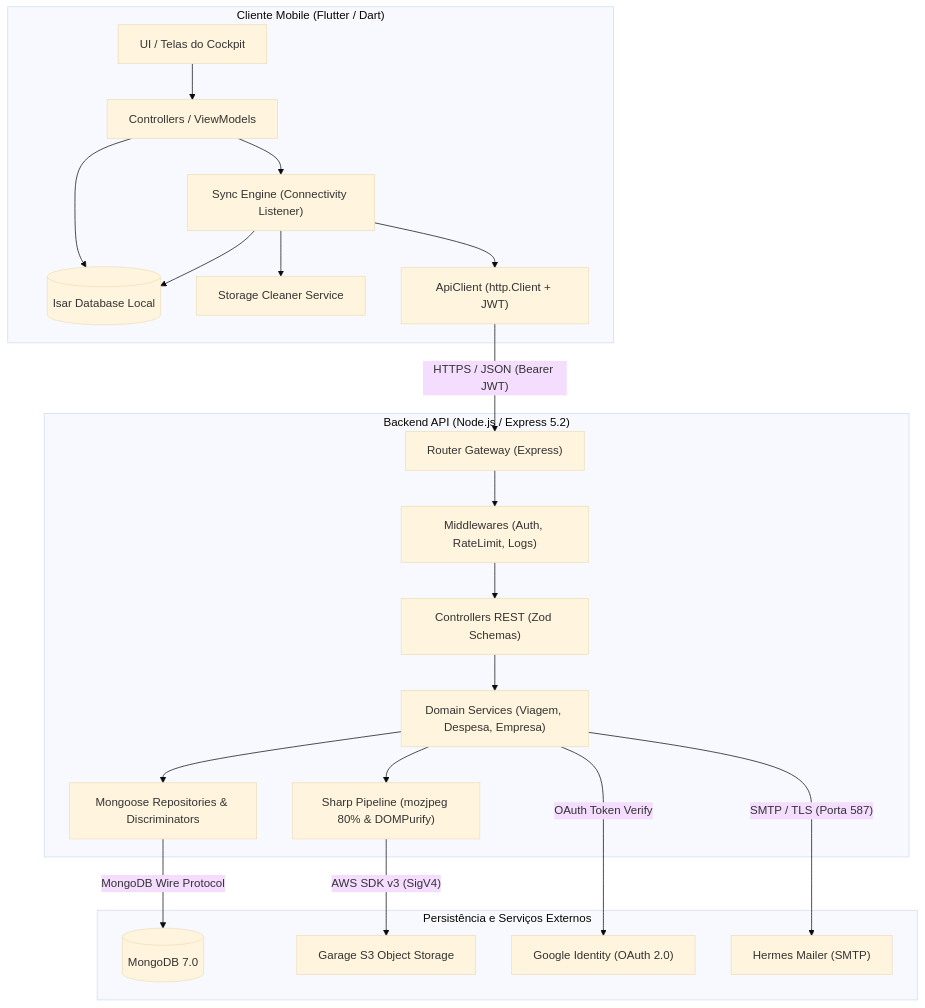
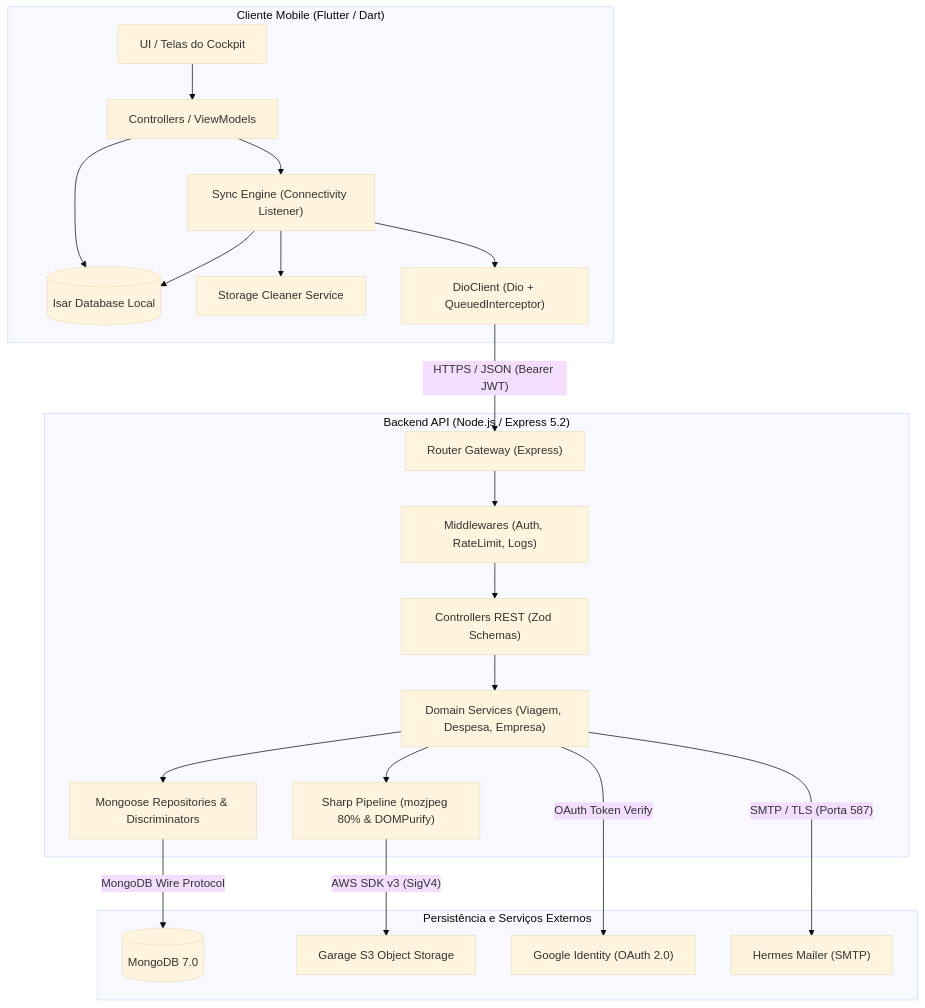
Before and after one commit to Luisdevux/RotaRDV-API: the diagram in documentacao/diagramas/componentes/diagrama_componentes.mmd, drawn with Mermaid (base theme). The commit also changed 12 other files, not shown here.

Commit message:
docs(Diagramas): Atualizando diagramas para incluir a arquitetura de conectividade do mobile Dio, que antes era http

```diff
--- a/documentacao/diagramas/componentes/diagrama_componentes.mmd
+++ b/documentacao/diagramas/componentes/diagrama_componentes.mmd
@@ -1,44 +1,44 @@
 flowchart TB
     subgraph Mobile["Cliente Mobile (Flutter / Dart)"]
         UI["UI / Telas do Cockpit"]
         VM["Controllers / ViewModels"]
         Isar[("Isar Database Local")]
         Sync["Sync Engine (Connectivity Listener)"]
         Cleaner["Storage Cleaner Service"]
-        HttpClient["ApiClient (http.Client + JWT)"]
+        DioClient["DioClient (Dio + QueuedInterceptor)"]
 
         UI --> VM
         VM --> Isar
         VM --> Sync
         Sync --> Isar
         Sync --> Cleaner
-        Sync --> HttpClient
+        Sync --> DioClient
     end
 
     subgraph Backend["Backend API (Node.js / Express 5.2)"]
         Router["Router Gateway (Express)"]
         Middlewares["Middlewares (Auth, RateLimit, Logs)"]
         Controllers["Controllers REST (Zod Schemas)"]
         Services["Domain Services (Viagem, Despesa, Empresa)"]
         Sharp["Sharp Pipeline (mozjpeg 80% & DOMPurify)"]
         Repos["Mongoose Repositories & Discriminators"]
 
         Router --> Middlewares
         Middlewares --> Controllers
         Controllers --> Services
         Services --> Sharp
         Services --> Repos
     end
 
     subgraph Infra["Persistência e Serviços Externos"]
         MongoDB[("MongoDB 7.0")]
         GarageS3["Garage S3 Object Storage"]
         GoogleAuth["Google Identity (OAuth 2.0)"]
         Hermes["Hermes Mailer (SMTP)"]
     end
 
-    HttpClient -- "HTTPS / JSON (Bearer JWT)" --> Router
+    DioClient -- "HTTPS / JSON (Bearer JWT)" --> Router
     Repos -- "MongoDB Wire Protocol" --> MongoDB
     Sharp -- "AWS SDK v3 (SigV4)" --> GarageS3
     Services -- "OAuth Token Verify" --> GoogleAuth
     Services -- "SMTP / TLS (Porta 587)" --> Hermes
```
